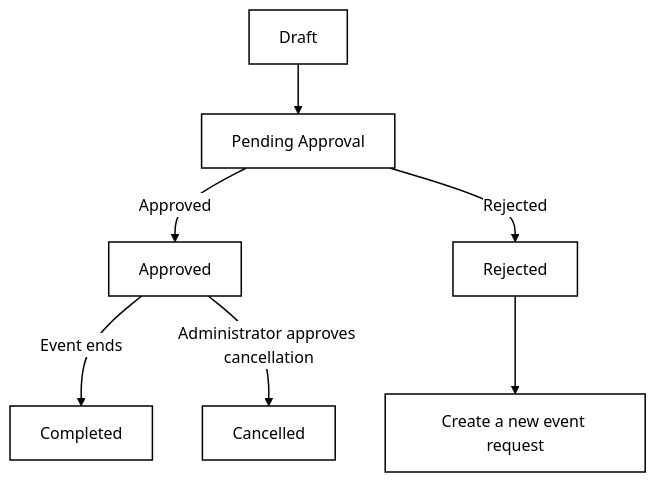
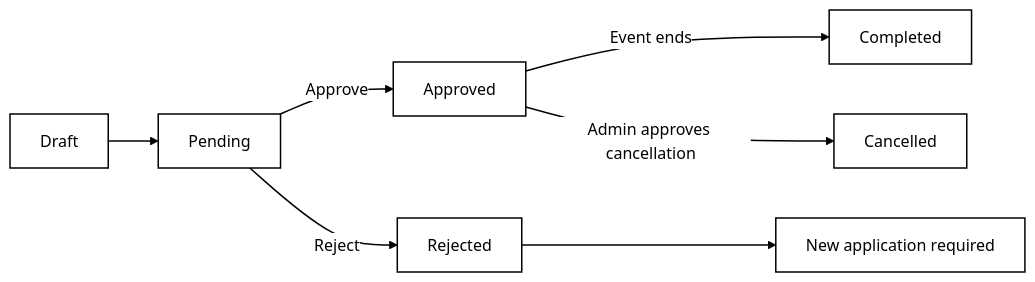
One commit to chuyaoooo/MDP changed the third of 3 diagrams in docs/part1/05-architecture-data.md. Above: the diagram before and after it, drawn with Mermaid. The commit also changed other lines of this file, not shown here.

````diff
--- a/docs/part1/05-architecture-data.md
+++ b/docs/part1/05-architecture-data.md
@@ -105,12 +83,12 @@
 ```mermaid
-%%{init: {"theme":"base","themeVariables":{"background":"#ffffff","primaryColor":"#ffffff","primaryTextColor":"#000000","primaryBorderColor":"#000000","secondaryColor":"#ffffff","tertiaryColor":"#ffffff","lineColor":"#000000","textColor":"#000000","edgeLabelBackground":"#ffffff","mainBkg":"#ffffff","nodeBorder":"#000000","clusterBkg":"#ffffff","clusterBorder":"#000000","labelTextColor":"#000000","labelBoxBkgColor":"#ffffff","labelBoxBorderColor":"#000000"}}}%%
-flowchart TD
-    D["Draft"] --> P["Pending Approval"]
-    P -->|Approved| A["Approved"]
-    P -->|Rejected| R["Rejected"]
+%%{init: {"theme":"base","themeVariables":{"background":"#ffffff","primaryColor":"#ffffff","primaryTextColor":"#000000","primaryBorderColor":"#000000","secondaryColor":"#ffffff","tertiaryColor":"#ffffff","lineColor":"#000000","textColor":"#000000","edgeLabelBackground":"#ffffff"}}}%%
+flowchart LR
+    D["Draft"] --> P["Pending"]
+    P -->|Approve| A["Approved"]
+    P -->|Reject| R["Rejected"]
     A -->|Event ends| C["Completed"]
-    A -->|Administrator approves cancellation| X["Cancelled"]
-    R --> N["Create a new event request"]
+    A -->|Admin approves cancellation| X["Cancelled"]
+    R --> N["New application required"]
     classDef default fill:#ffffff,stroke:#000000,color:#000000,stroke-width:1.5px;
-    linkStyle default stroke:#000000,color:#000000,stroke-width:1.5px;
+    linkStyle default stroke:#000000,stroke-width:1.5px;
 ```
````
